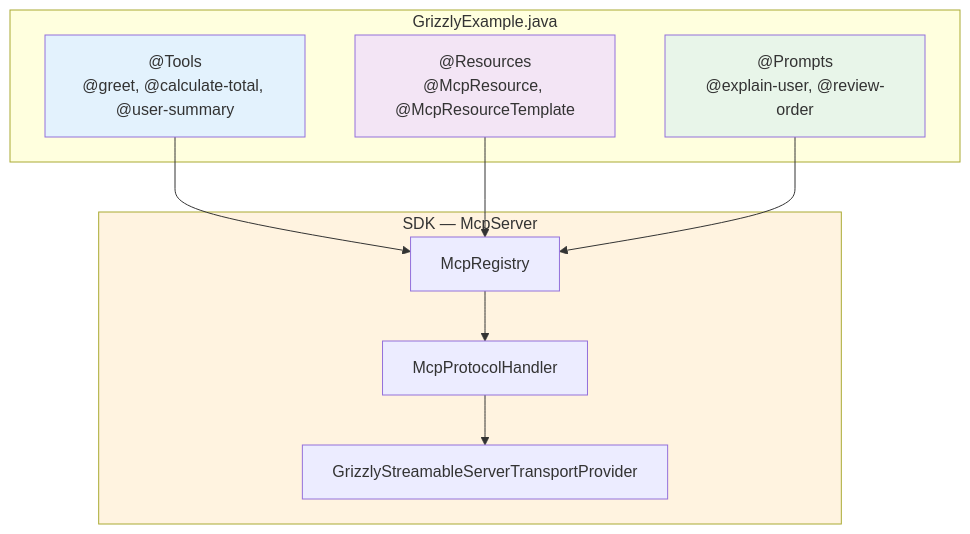
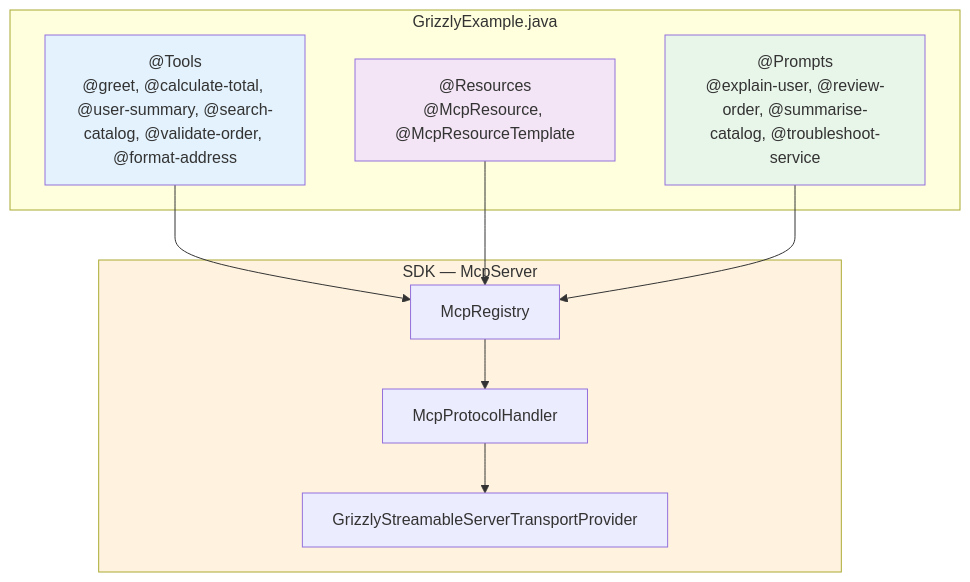
The second of 2 diagrams in docs/GRIZZLY-EXAMPLE.md (vinhphan812/mcp-java-sdk), drawn with Mermaid before and after one commit. The commit also changed other lines of this file and 2 other files, not shown here.

````diff
--- a/docs/GRIZZLY-EXAMPLE.md
+++ b/docs/GRIZZLY-EXAMPLE.md
@@ -34,28 +34,28 @@
 ```mermaid
 flowchart TB
     subgraph Example["GrizzlyExample.java"]
         T["@Tools
-@greet, @calculate-total, @user-summary"]
+@greet, @calculate-total, @user-summary, @search-catalog, @validate-order, @format-address"]
         Res["@Resources
 @McpResource, @McpResourceTemplate"]
         P["@Prompts
-@explain-user, @review-order"]
+@explain-user, @review-order, @summarise-catalog, @troubleshoot-service"]
     end
 
     subgraph SDK["SDK — McpServer"]
         Reg["McpRegistry"]
         PH["McpProtocolHandler"]
         T2["GrizzlyStreamableServerTransportProvider"]
     end
 
     T --> Reg
     Res --> Reg
     P --> Reg
     Reg --> PH
     PH --> T2
 
     style T fill:#e3f2fd
     style Res fill:#f3e5f5
     style P fill:#e8f5e9
     style SDK fill:#fff3e0
 ```
````
